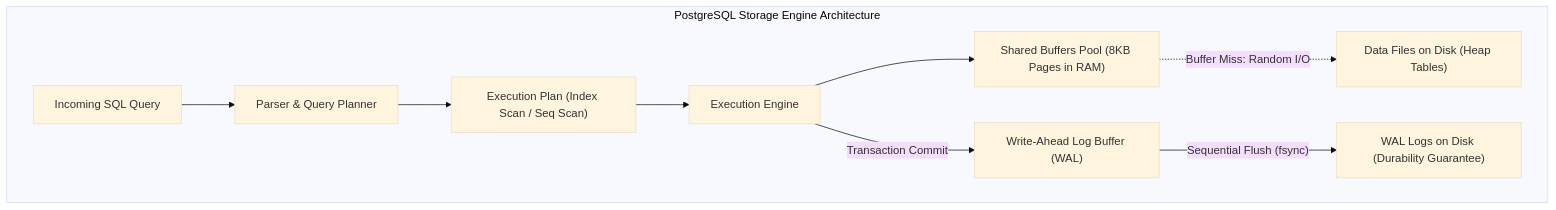
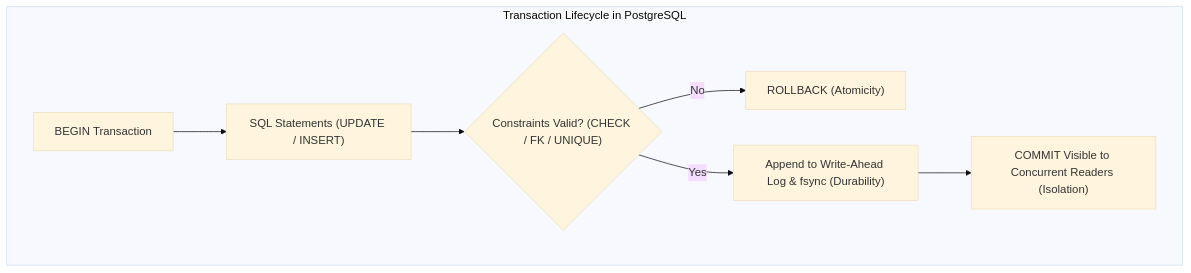
The first of 2 diagrams in content/roadmap/level-7/relational-database-fundamentals-advanced-sql.md (ravishankar2463/java_hub), drawn with Mermaid (base theme) before and after one commit. The commit also changed other lines of this file and 119 other files, not shown here.

Commit message:
feat: add comprehensive java learning roadmap content across multiple levels

````diff
--- a/content/roadmap/level-7/relational-database-fundamentals-advanced-sql.md
+++ b/content/roadmap/level-7/relational-database-fundamentals-advanced-sql.md
@@ -14,14 +16,10 @@
 ```mermaid
 flowchart TD
-    subgraph "PostgreSQL Storage Engine Architecture"
-        SQL["Incoming SQL Query"] --> Parser["Parser & Query Planner"]
-        Parser --> Plan["Execution Plan (Index Scan / Seq Scan)"]
-        Plan --> Executor["Execution Engine"]
-        
-        Executor --> Buffers["Shared Buffers Pool (8KB Pages in RAM)"]
-        Buffers -.->|"Buffer Miss: Random I/O"| DiskData["Data Files on Disk (Heap Tables)"]
-        
-        Executor -->|"Transaction Commit"| WAL["Write-Ahead Log Buffer (WAL)"]
-        WAL -->|"Sequential Flush (fsync)"| WALDisk["WAL Logs on Disk (Durability Guarantee)"]
+    subgraph "Transaction Lifecycle in PostgreSQL"
+        Begin["BEGIN Transaction"] --> Ops["SQL Statements (UPDATE / INSERT)"]
+        Ops --> Checks{"Constraints Valid? (CHECK / FK / UNIQUE)"}
+        Checks -->|"No"| Rollback["ROLLBACK (Atomicity)"]
+        Checks -->|"Yes"| WAL["Append to Write-Ahead Log & fsync (Durability)"]
+        WAL --> Commit["COMMIT Visible to Concurrent Readers (Isolation)"]
     end
 ```
````
